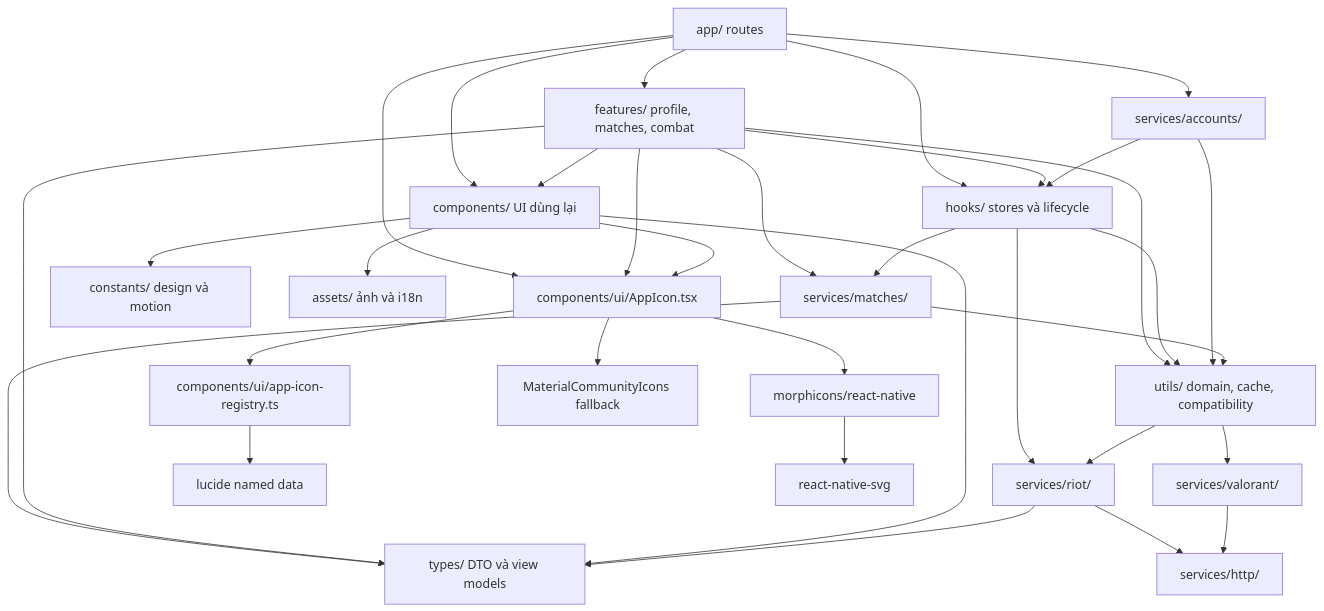
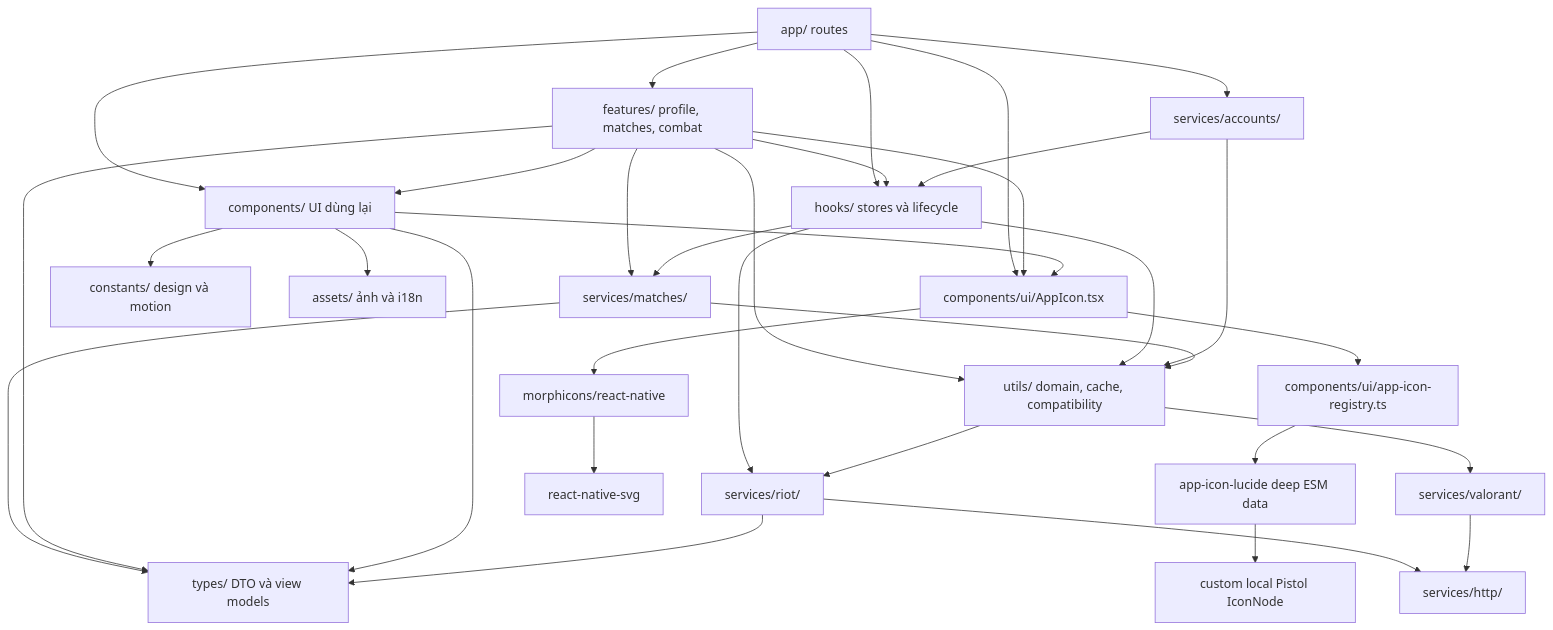
The diagram in markdown/14-package.md (GinzaTech/Vshop), drawn with Mermaid before and after one commit. The commit also changed other lines of this file and 21 other files, not shown here.

````diff
--- a/markdown/14-package.md
+++ b/markdown/14-package.md
@@ -6,54 +6,54 @@
 ```mermaid
 flowchart TD
     App[app/ routes]
     Features[features/ profile, matches, combat]
     Components[components/ UI dùng lại]
     Hooks[hooks/ stores và lifecycle]
     Accounts[services/accounts/]
     MatchServices[services/matches/]
     Riot[services/riot/]
     Public[services/valorant/]
     Http[services/http/]
     Utils[utils/ domain, cache, compatibility]
     Types[types/ DTO và view models]
     Constants[constants/ design và motion]
     Assets[assets/ ảnh và i18n]
     AppIcon[components/ui/AppIcon.tsx]
     IconRegistry[components/ui/app-icon-registry.ts]
-    Lucide[lucide named data]
+    LucideBoundary[app-icon-lucide deep ESM data]
     Morphicons[morphicons/react-native]
     Svg[react-native-svg]
-    GameFallback[MaterialCommunityIcons fallback]
+    LocalPistol[custom local Pistol IconNode]
     App --> Features
     App --> Components
     App --> Hooks
     App --> Accounts
     Features --> Components
     Features --> Hooks
     Features --> Utils
     Hooks --> Utils
     Hooks --> Riot
     Accounts --> Hooks
     Accounts --> Utils
     Features --> MatchServices
     Hooks --> MatchServices
     MatchServices --> Utils
     MatchServices --> Types
     Utils --> Riot
     Utils --> Public
     Riot --> Http
     Public --> Http
     Features --> Types
     Components --> Types
     Riot --> Types
     Components --> Constants
     Components --> Assets
     App --> AppIcon
     Features --> AppIcon
     Components --> AppIcon
     AppIcon --> IconRegistry
-    IconRegistry --> Lucide
+    IconRegistry --> LucideBoundary
+    LucideBoundary --> LocalPistol
     AppIcon --> Morphicons
     Morphicons --> Svg
-    AppIcon --> GameFallback
 ```
````
